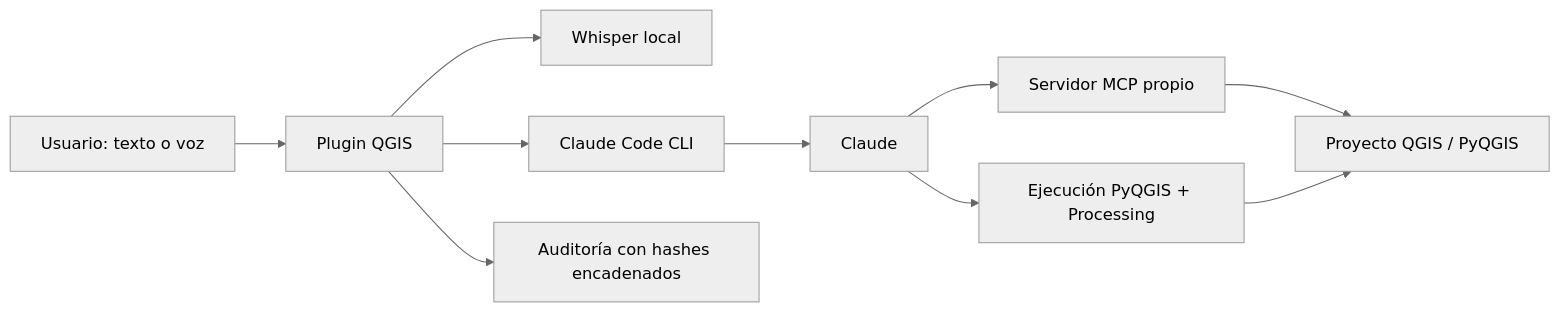
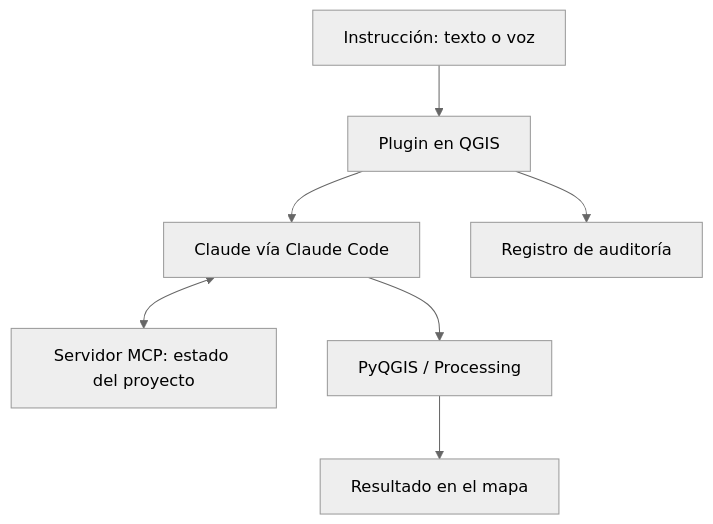
The diagram in README.md (titoruizh/Agente-LINKAPSIS-QGIS), drawn with Mermaid (neutral theme) before and after one commit. The commit also changed other lines of this file, not shown here.

````diff
--- a/README.md
+++ b/README.md
@@ -22,11 +20,9 @@
 ```mermaid
-flowchart LR
-  U[Usuario: texto o voz] --> P[Plugin QGIS]
-  P --> WH[Whisper local]
-  P --> CC[Claude Code CLI] --> CL[Claude]
-  CL --> MCP[Servidor MCP propio]
-  MCP --> Q[Proyecto QGIS / PyQGIS]
-  CL --> EX[Ejecución PyQGIS + Processing]
-  EX --> Q
-  P --> AU[Auditoría con hashes encadenados]
+flowchart TD
+  A[Instrucción: texto o voz] --> B[Plugin en QGIS]
+  B --> C[Claude vía Claude Code]
+  C <--> D[Servidor MCP: estado del proyecto]
+  C --> E[PyQGIS / Processing]
+  E --> F[Resultado en el mapa]
+  B --> G[Registro de auditoría]
 ```
````
